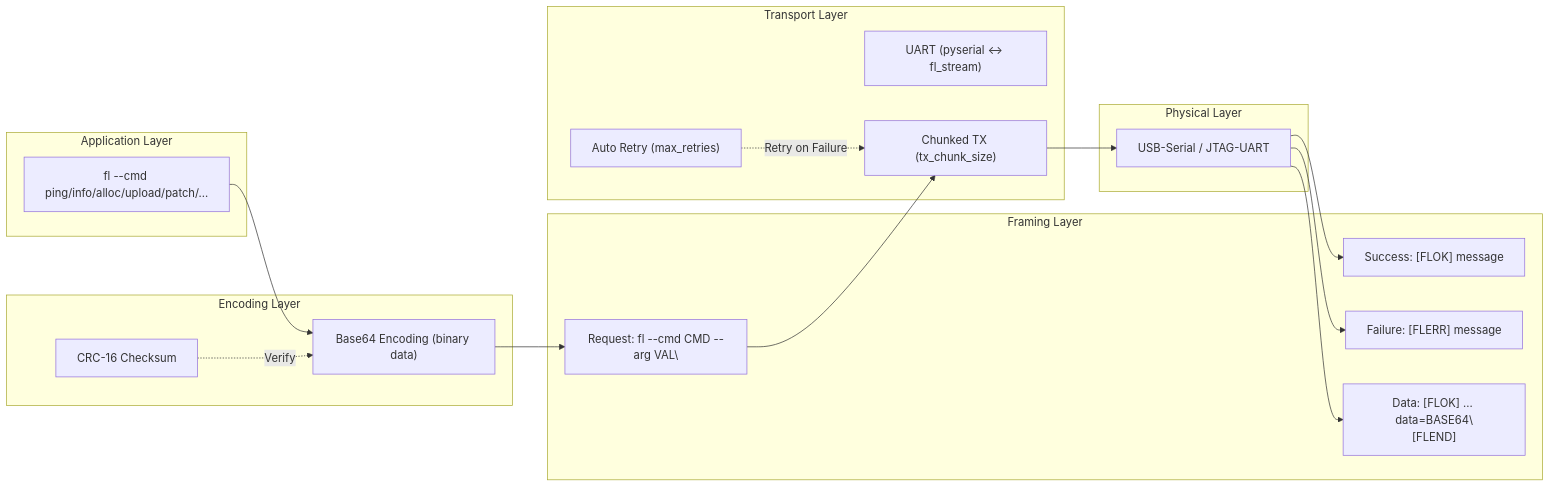
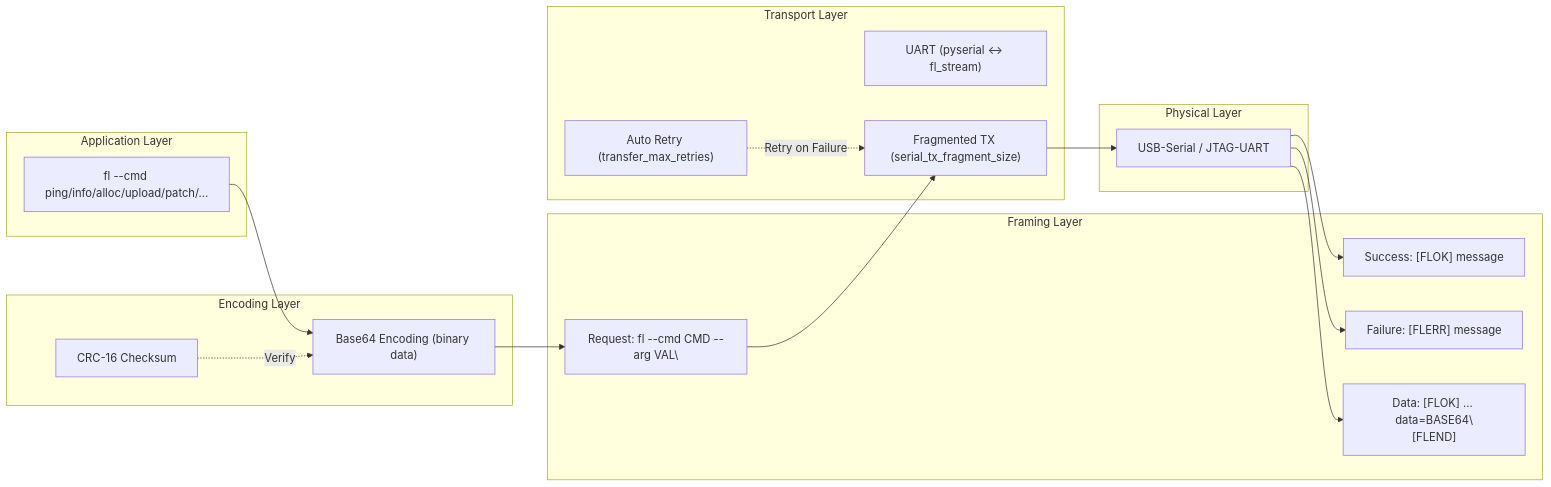
One commit to FASTSHIFT/FPBInject changed the sixth of 9 diagrams in Docs/Architecture.md. Above: the diagram before and after it, drawn with Mermaid. The commit also changed other lines of this file and 5 other files, not shown here.

````diff
--- a/Docs/Architecture.md
+++ b/Docs/Architecture.md
@@ -192,35 +192,35 @@
 ```mermaid
 graph LR
     subgraph L5["Application Layer"]
         CMD["fl --cmd ping/info/alloc/upload/patch/..."]
     end
 
     subgraph L4["Encoding Layer"]
         B64["Base64 Encoding (binary data)"]
         CRC["CRC-16 Checksum"]
     end
 
     subgraph L3["Framing Layer"]
         REQ["Request: fl --cmd CMD --arg VAL\\n"]
         RSP_OK["Success: [FLOK] message"]
         RSP_ERR["Failure: [FLERR] message"]
         RSP_DATA["Data: [FLOK] ... data=BASE64\\n[FLEND]"]
     end
 
     subgraph L2["Transport Layer"]
         UART["UART (pyserial ↔ fl_stream)"]
-        CHUNK["Chunked TX (tx_chunk_size)"]
-        RETRY["Auto Retry (max_retries)"]
+        CHUNK["Fragmented TX (serial_tx_fragment_size)"]
+        RETRY["Auto Retry (transfer_max_retries)"]
     end
 
     subgraph L1["Physical Layer"]
         USB["USB-Serial / JTAG-UART"]
     end
 
     CMD --> B64 --> REQ --> CHUNK --> USB
     USB --> RSP_OK
     USB --> RSP_ERR
     USB --> RSP_DATA
     CRC -.->|"Verify"| B64
     RETRY -.->|"Retry on Failure"| CHUNK
 ```
````
